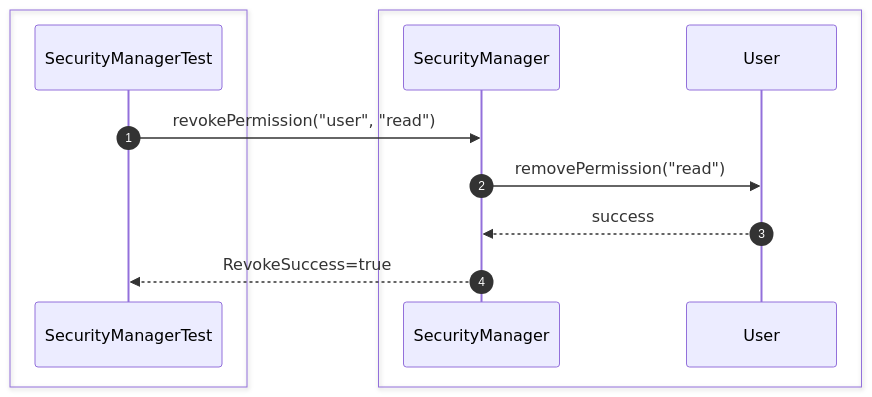
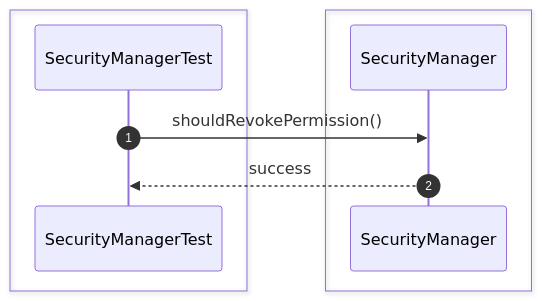
Before and after one commit to Huy1801214/dbms-architecture: the fourth of 35 diagrams in src/sequence/security.md, drawn with Mermaid. The commit also changed other lines of this file and 68 other files, not shown here.

Commit message:
implement comprehensive unit test suite and architectural sequence documentation

````diff
--- a/src/sequence/security.md
+++ b/src/sequence/security.md
@@ -66,17 +51,13 @@
 ```mermaid
 sequenceDiagram
     autonumber
-
     box #e1f5fe Test Suite
     participant Test as SecurityManagerTest
     end
-    box #e3f2fd Security Components
-    participant Security as SecurityManager
-    participant User as User
+    box #e3f2fd SecurityManager Component
+    participant SM as SecurityManager
     end
 
-    Test->>Security: revokePermission("user", "read")
-    Security->>User: removePermission("read")
-    User-->>Security: success
-    Security-->>Test: RevokeSuccess=true
+    Test->>SM: shouldRevokePermission()
+    SM-->>Test: success
 ```
````
